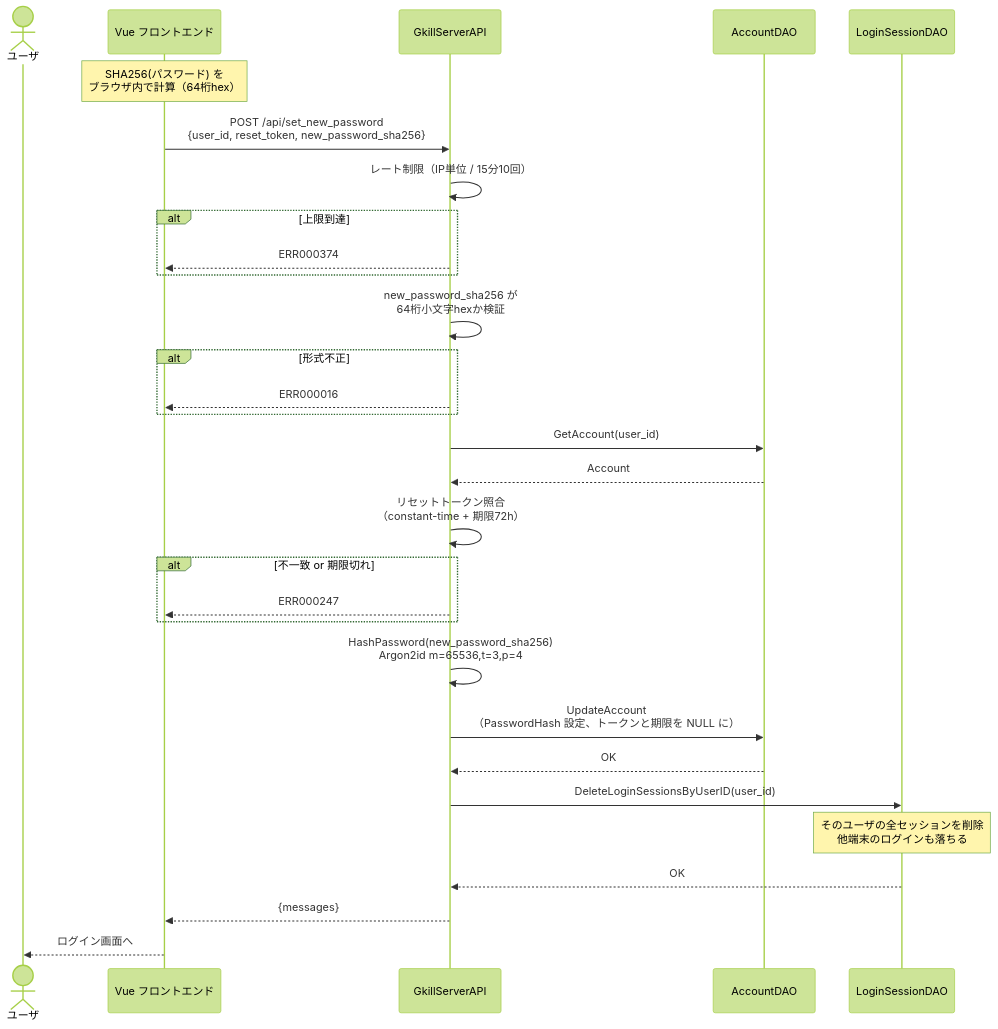
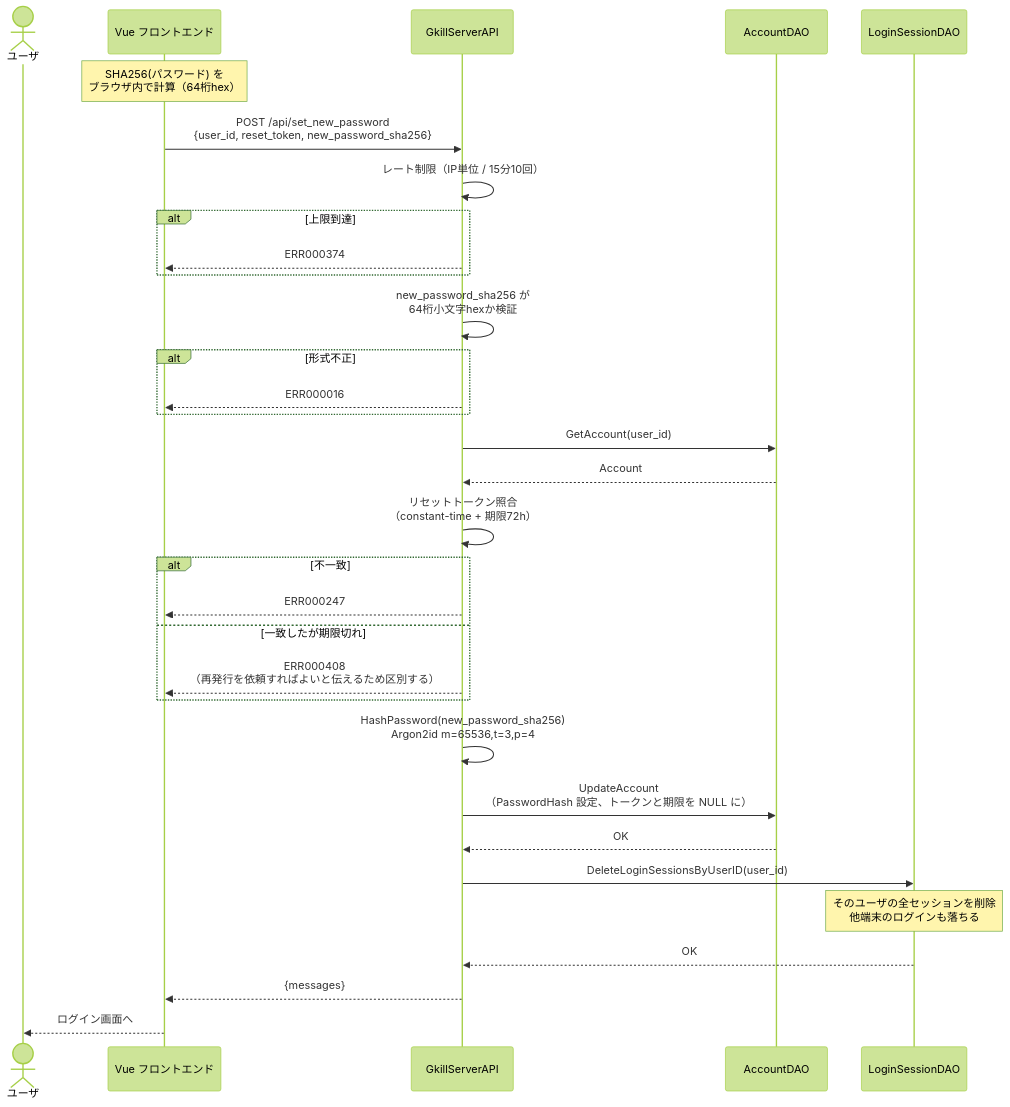
The third of 29 diagrams in documents/reverse/sequence-diagrams.md (mt3hr/gkill), drawn with Mermaid (forest theme) before and after one commit. The commit also changed 47 other files, not shown here.

````diff
--- a/documents/reverse/sequence-diagrams.md
+++ b/documents/reverse/sequence-diagrams.md
@@ -63,40 +63,42 @@
 ```mermaid
 sequenceDiagram
     actor User as ユーザ
     participant UI as Vue フロントエンド
     participant API as GkillServerAPI
     participant AccDAO as AccountDAO
     participant SesDAO as LoginSessionDAO
 
     Note over UI: SHA256(パスワード) を<br>ブラウザ内で計算（64桁hex）
     UI->>API: POST /api/set_new_password<br>{user_id, reset_token, new_password_sha256}
 
     API->>API: レート制限（IP単位 / 15分10回）
     alt 上限到達
         API-->>UI: ERR000374
     end
 
     API->>API: new_password_sha256 が<br>64桁小文字hexか検証
     alt 形式不正
         API-->>UI: ERR000016
     end
 
     API->>AccDAO: GetAccount(user_id)
     AccDAO-->>API: Account
 
     API->>API: リセットトークン照合<br>（constant-time + 期限72h）
-    alt 不一致 or 期限切れ
+    alt 不一致
         API-->>UI: ERR000247
+    else 一致したが期限切れ
+        API-->>UI: ERR000408<br>（再発行を依頼すればよいと伝えるため区別する）
     end
 
     API->>API: HashPassword(new_password_sha256)<br>Argon2id m=65536,t=3,p=4
     API->>AccDAO: UpdateAccount<br>（PasswordHash 設定、トークンと期限を NULL に）
     AccDAO-->>API: OK
 
     API->>SesDAO: DeleteLoginSessionsByUserID(user_id)
     Note over SesDAO: そのユーザの全セッションを削除<br>他端末のログインも落ちる
     SesDAO-->>API: OK
 
     API-->>UI: {messages}
     UI-->>User: ログイン画面へ
 ```
````
